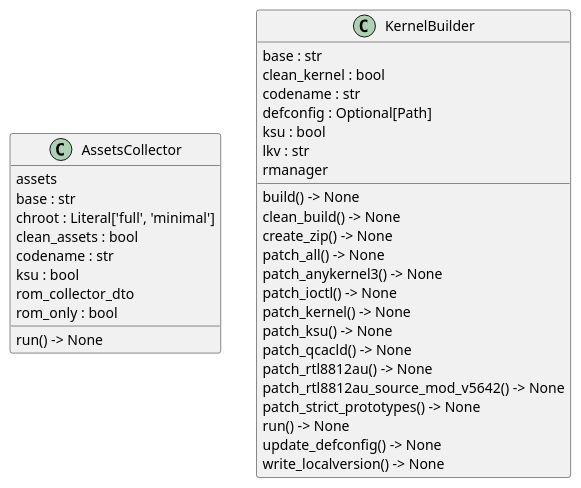
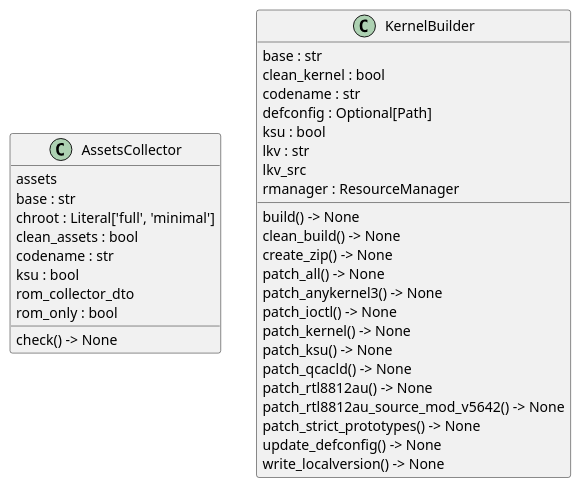
One commit to seppzer0/zero_kernel changed the diagram in docs/architecture/core/classes.puml. Above: the diagram before and after it, drawn with PlantUML. The commit also changed 15 other files, not shown here.

```diff
--- a/docs/architecture/core/classes.puml
+++ b/docs/architecture/core/classes.puml
@@ -1,38 +1,38 @@
 @startuml classes
 set namespaceSeparator none
 class "AssetsCollector" as core.assets_collector.AssetsCollector {
   assets
   base : str
   chroot : Literal['full', 'minimal']
   clean_assets : bool
   codename : str
   ksu : bool
   rom_collector_dto
   rom_only : bool
-  run() -> None
+  check() -> None
 }
 class "KernelBuilder" as core.kernel_builder.KernelBuilder {
   base : str
   clean_kernel : bool
   codename : str
   defconfig : Optional[Path]
   ksu : bool
   lkv : str
-  rmanager
+  lkv_src
+  rmanager : ResourceManager
   build() -> None
   clean_build() -> None
   create_zip() -> None
   patch_all() -> None
   patch_anykernel3() -> None
   patch_ioctl() -> None
   patch_kernel() -> None
   patch_ksu() -> None
   patch_qcacld() -> None
   patch_rtl8812au() -> None
   patch_rtl8812au_source_mod_v5642() -> None
   patch_strict_prototypes() -> None
-  run() -> None
   update_defconfig() -> None
   write_localversion() -> None
 }
 @enduml
```
